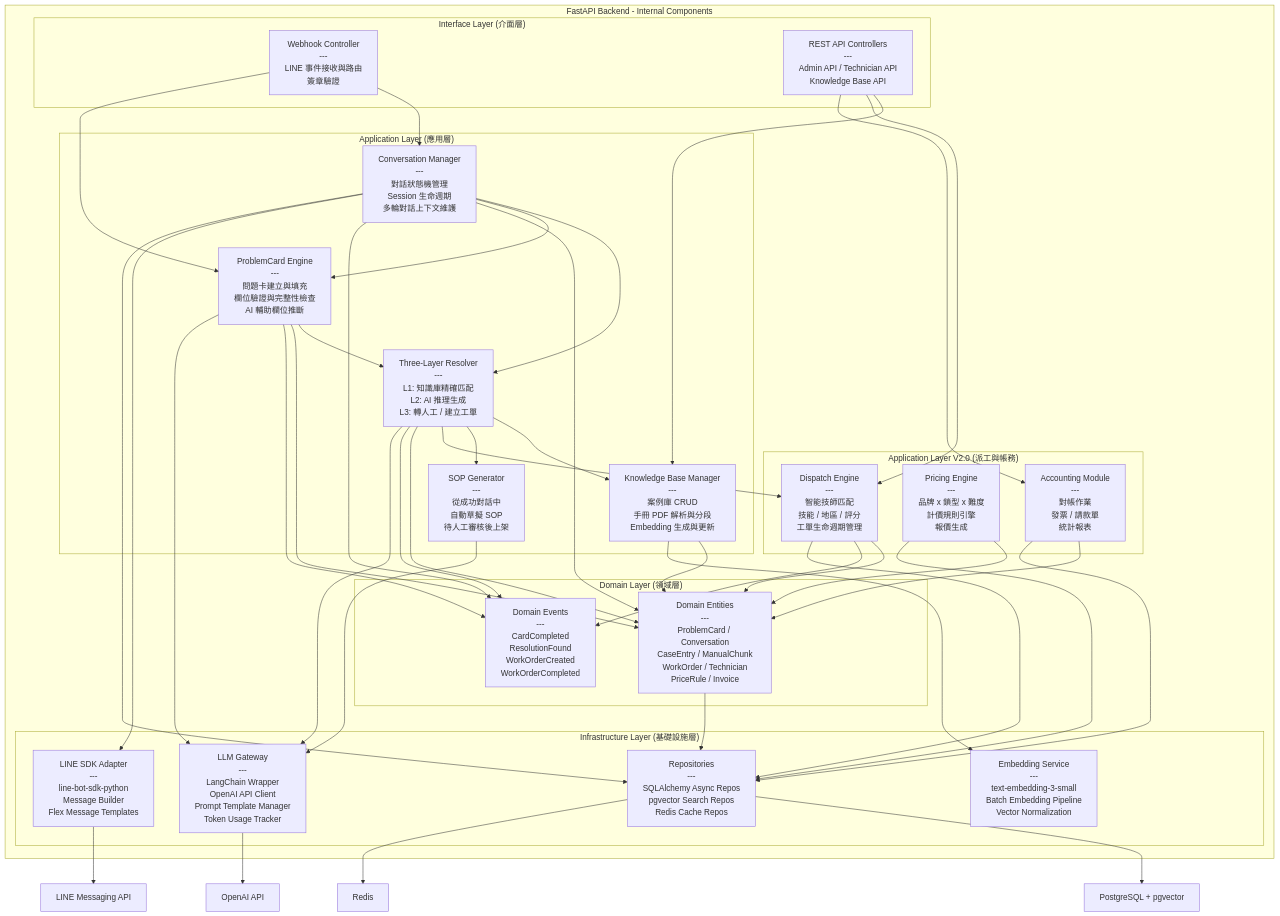
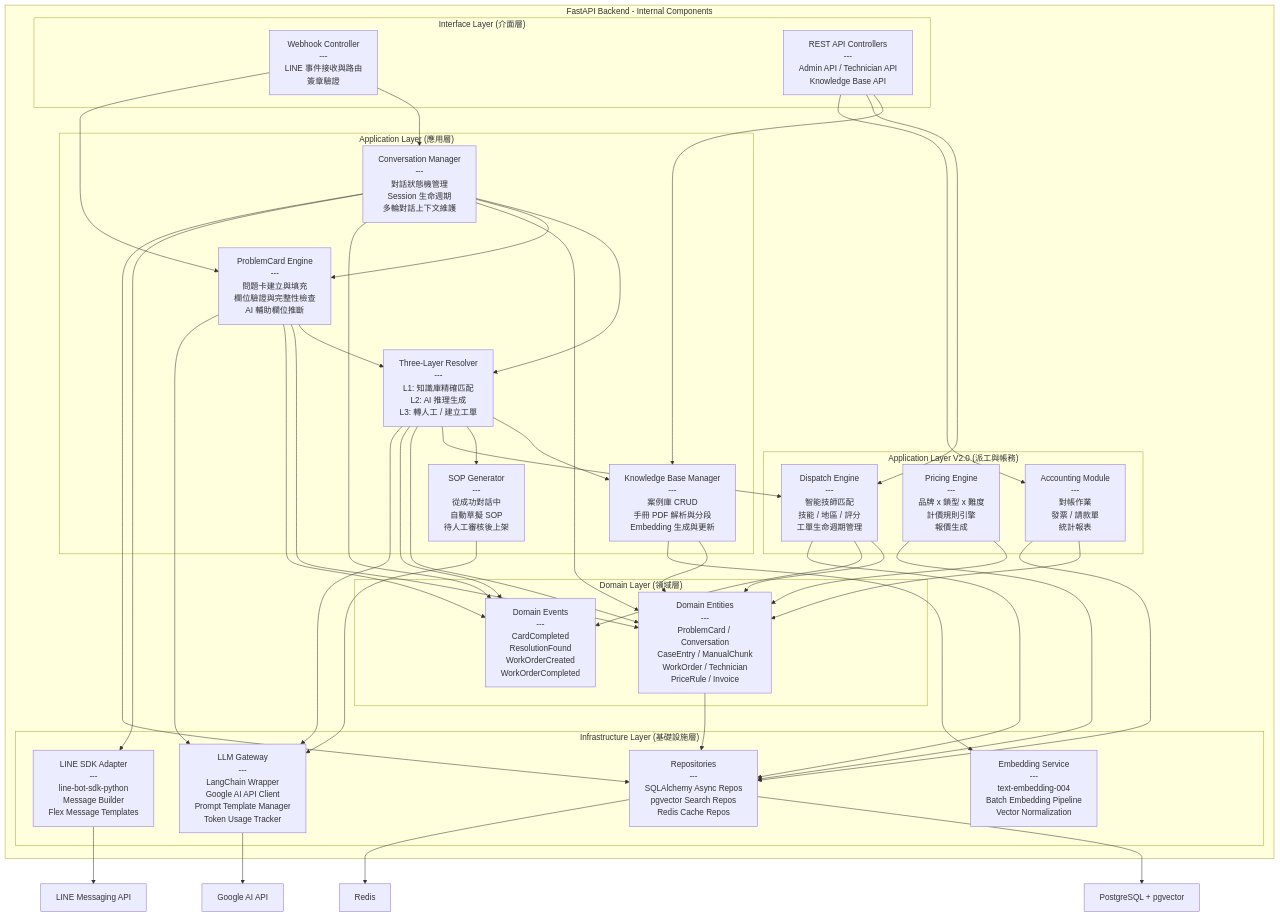
The third of 11 diagrams in docs/05_architecture_and_design_document.md (Zenobia000/Smart-Lock_AI_Support_Service_Dispatch_SaaS_Platform), drawn with Mermaid before and after one commit. The commit also changed other lines of this file and 7 other files, not shown here.

First line of the commit message:
docs: migrate LLM provider from OpenAI GPT-4o to Google Gemini 3 Pro

````diff
--- a/docs/05_architecture_and_design_document.md
+++ b/docs/05_architecture_and_design_document.md
@@ -148,78 +148,78 @@
 ```mermaid
 graph TB
     subgraph "FastAPI Backend - Internal Components"
 
         subgraph "Interface Layer (介面層)"
             WH["Webhook Controller<br/>---<br/>LINE 事件接收與路由<br/>簽章驗證"]
             REST["REST API Controllers<br/>---<br/>Admin API / Technician API<br/>Knowledge Base API"]
         end
 
         subgraph "Application Layer (應用層)"
             CM["Conversation Manager<br/>---<br/>對話狀態機管理<br/>Session 生命週期<br/>多輪對話上下文維護"]
             PCE["ProblemCard Engine<br/>---<br/>問題卡建立與填充<br/>欄位驗證與完整性檢查<br/>AI 輔助欄位推斷"]
             TLR["Three-Layer Resolver<br/>---<br/>L1: 知識庫精確匹配<br/>L2: AI 推理生成<br/>L3: 轉人工 / 建立工單"]
             KBM["Knowledge Base Manager<br/>---<br/>案例庫 CRUD<br/>手冊 PDF 解析與分段<br/>Embedding 生成與更新"]
             SOPGen["SOP Generator<br/>---<br/>從成功對話中<br/>自動草擬 SOP<br/>待人工審核後上架"]
         end
 
         subgraph "Application Layer V2.0 (派工與帳務)"
             DSP["Dispatch Engine<br/>---<br/>智能技師匹配<br/>技能 / 地區 / 評分<br/>工單生命週期管理"]
             PRC["Pricing Engine<br/>---<br/>品牌 x 鎖型 x 難度<br/>計價規則引擎<br/>報價生成"]
             ACC["Accounting Module<br/>---<br/>對帳作業<br/>發票 / 請款單<br/>統計報表"]
         end
 
         subgraph "Domain Layer (領域層)"
             ENT["Domain Entities<br/>---<br/>ProblemCard / Conversation<br/>CaseEntry / ManualChunk<br/>WorkOrder / Technician<br/>PriceRule / Invoice"]
             EVT["Domain Events<br/>---<br/>CardCompleted<br/>ResolutionFound<br/>WorkOrderCreated<br/>WorkOrderCompleted"]
         end
 
         subgraph "Infrastructure Layer (基礎設施層)"
             REPO["Repositories<br/>---<br/>SQLAlchemy Async Repos<br/>pgvector Search Repos<br/>Redis Cache Repos"]
-            LLM["LLM Gateway<br/>---<br/>LangChain Wrapper<br/>OpenAI API Client<br/>Prompt Template Manager<br/>Token Usage Tracker"]
+            LLM["LLM Gateway<br/>---<br/>LangChain Wrapper<br/>Google AI API Client<br/>Prompt Template Manager<br/>Token Usage Tracker"]
             LINEsdk["LINE SDK Adapter<br/>---<br/>line-bot-sdk-python<br/>Message Builder<br/>Flex Message Templates"]
-            EMB["Embedding Service<br/>---<br/>text-embedding-3-small<br/>Batch Embedding Pipeline<br/>Vector Normalization"]
+            EMB["Embedding Service<br/>---<br/>text-embedding-004<br/>Batch Embedding Pipeline<br/>Vector Normalization"]
         end
     end
 
     WH --> CM
     WH --> PCE
     REST --> KBM
     REST --> DSP
     REST --> ACC
 
     CM --> TLR
     CM --> PCE
     PCE --> TLR
     TLR --> KBM
     TLR --> SOPGen
     TLR --> DSP
 
     CM --> ENT
     PCE --> ENT
     TLR --> ENT
     KBM --> ENT
     DSP --> ENT
     PRC --> ENT
     ACC --> ENT
 
     CM --> EVT
     PCE --> EVT
     TLR --> EVT
     DSP --> EVT
 
     ENT --> REPO
     KBM --> EMB
     TLR --> LLM
     SOPGen --> LLM
     PCE --> LLM
     CM --> LINEsdk
     CM --> REPO
     DSP --> REPO
     PRC --> REPO
     ACC --> REPO
 
     LINEsdk --> LINEEXT["LINE Messaging API"]
-    LLM --> OAIEXT["OpenAI API"]
+    LLM --> GAIEXT["Google AI API"]
     REPO --> PGEXT["PostgreSQL + pgvector"]
     REPO --> RDEXT["Redis"]
 ```
````
